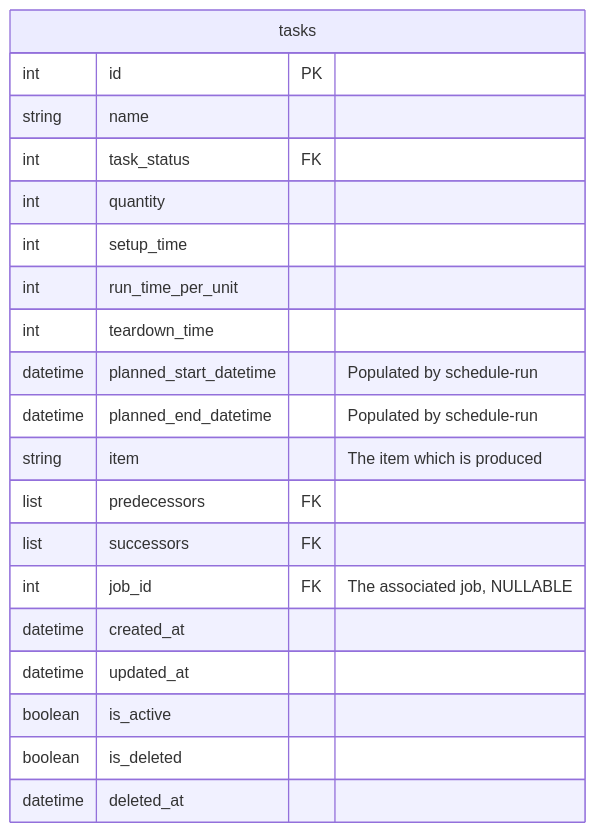
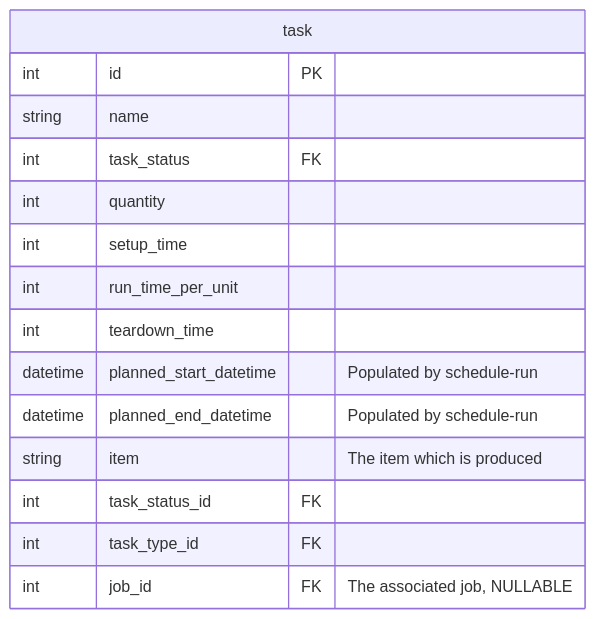
Diagram 16 of 25 in docs/technical-documentation/database-schema.md (factryflow/factryflow-archive), drawn with Mermaid before and after one commit. The commit also changed other lines of this file and 8 other files, not shown here.

````diff
--- a/docs/technical-documentation/database-schema.md
+++ b/docs/technical-documentation/database-schema.md
@@ -40,23 +195,18 @@
 ``` mermaid
 erDiagram
-    tasks {
+    task {
         int id PK
         string name
         int task_status FK 
         int quantity
         int setup_time
         int run_time_per_unit 
         int teardown_time
         datetime planned_start_datetime "Populated by schedule-run"
         datetime planned_end_datetime "Populated by schedule-run"
         string item "The item which is produced"
-        list predecessors FK
-        list successors FK
+        int task_status_id FK
+        int task_type_id FK
         int job_id FK "The associated job, NULLABLE"
-        datetime created_at 
-        datetime updated_at 
-        boolean is_active 
-        boolean is_deleted 
-        datetime deleted_at 
     }
 ```
````
